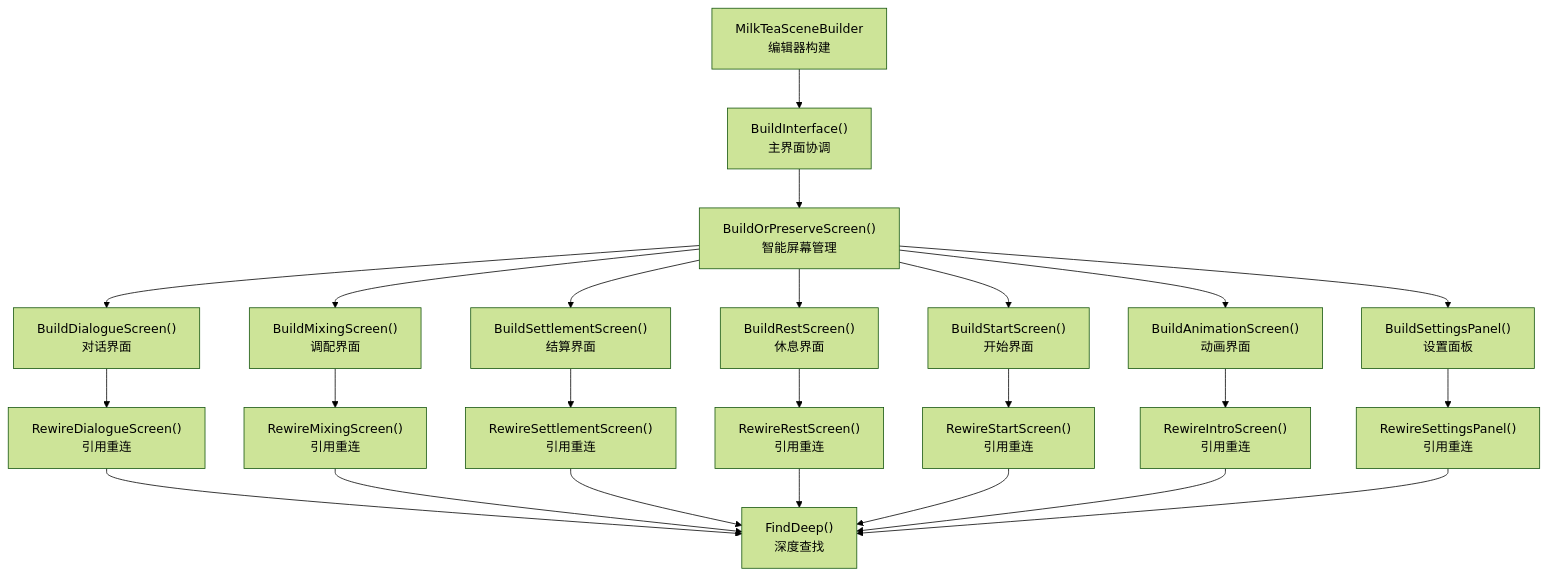
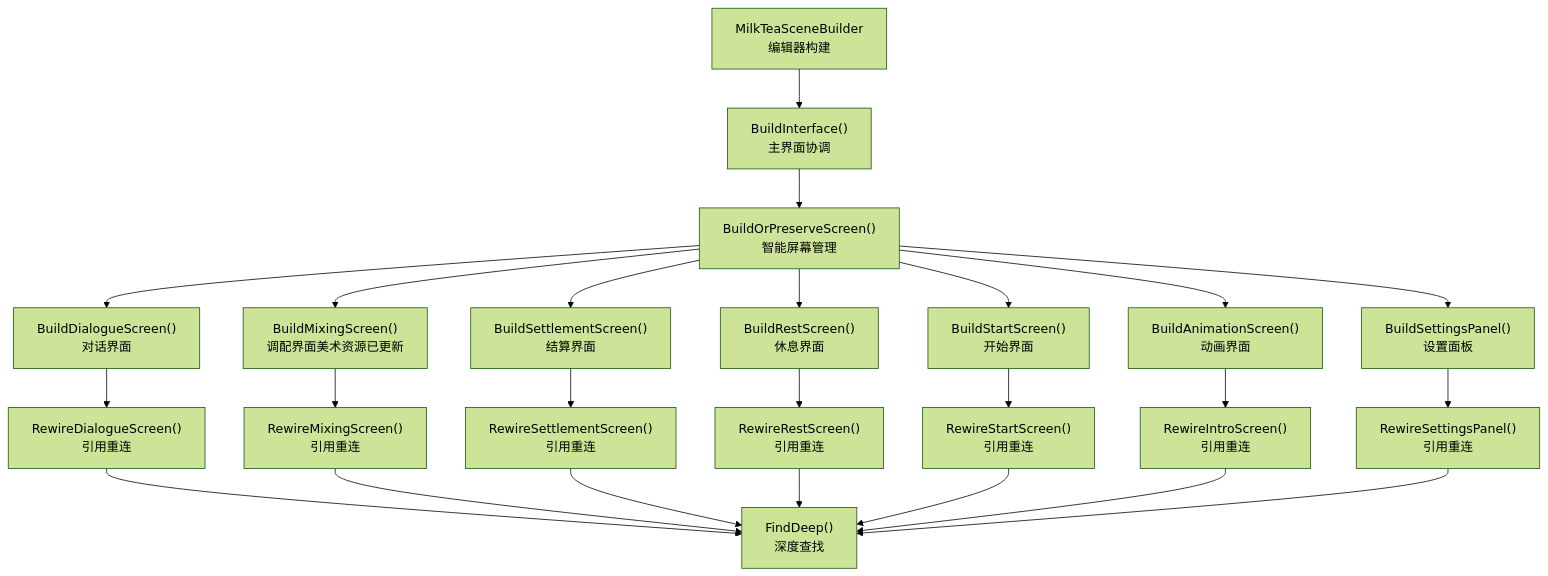
Before and after one commit to Thanatos42/-demo: the first of 5 diagrams in .qoder/repowiki/zh/content/核心系统详解/UI系统架构.md, drawn with Mermaid (forest theme). The commit also changed other lines of this file and 34 other files, not shown here.

````diff
--- a/.qoder/repowiki/zh/content/核心系统详解/UI系统架构.md
+++ b/.qoder/repowiki/zh/content/核心系统详解/UI系统架构.md
@@ -50,26 +48,26 @@
 ```mermaid
 graph TB
 A["MilkTeaSceneBuilder<br/>编辑器构建"] --> B["BuildInterface()<br/>主界面协调"]
 B --> C["BuildOrPreserveScreen()<br/>智能屏幕管理"]
 C --> D["BuildDialogueScreen()<br/>对话界面"]
-C --> E["BuildMixingScreen()<br/>调配界面"]
+C --> E["BuildMixingScreen()<br/>调配界面美术资源已更新"]
 C --> F["BuildSettlementScreen()<br/>结算界面"]
 C --> G["BuildRestScreen()<br/>休息界面"]
 C --> H["BuildStartScreen()<br/>开始界面"]
 C --> I["BuildAnimationScreen()<br/>动画界面"]
 C --> J["BuildSettingsPanel()<br/>设置面板"]
 D --> K["RewireDialogueScreen()<br/>引用重连"]
 E --> L["RewireMixingScreen()<br/>引用重连"]
 F --> M["RewireSettlementScreen()<br/>引用重连"]
 G --> N["RewireRestScreen()<br/>引用重连"]
 H --> O["RewireStartScreen()<br/>引用重连"]
 I --> P["RewireIntroScreen()<br/>引用重连"]
 J --> Q["RewireSettingsPanel()<br/>引用重连"]
 K --> R["FindDeep()<br/>深度查找"]
 L --> R
 M --> R
 N --> R
 O --> R
 P --> R
 Q --> R
 ```
````
